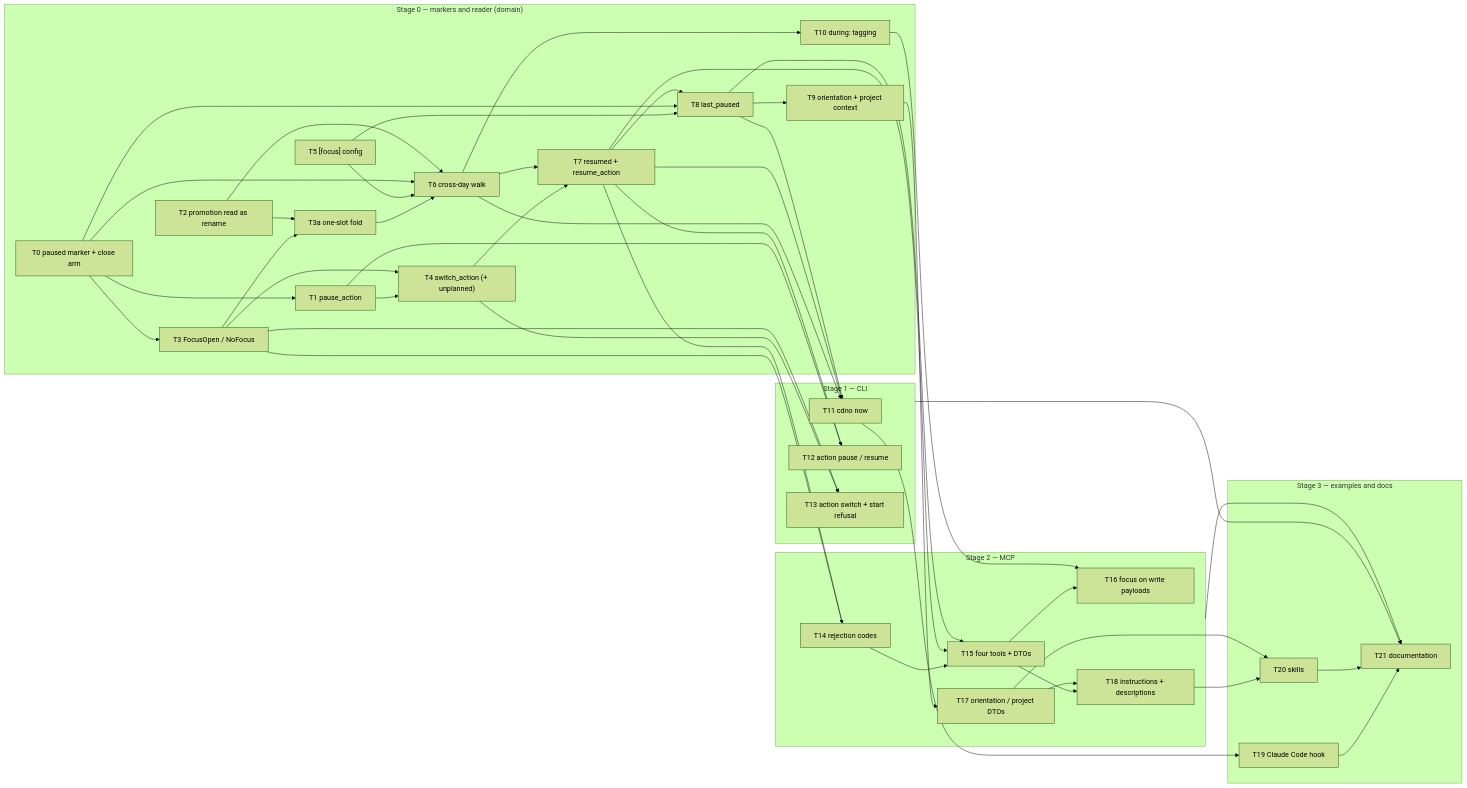
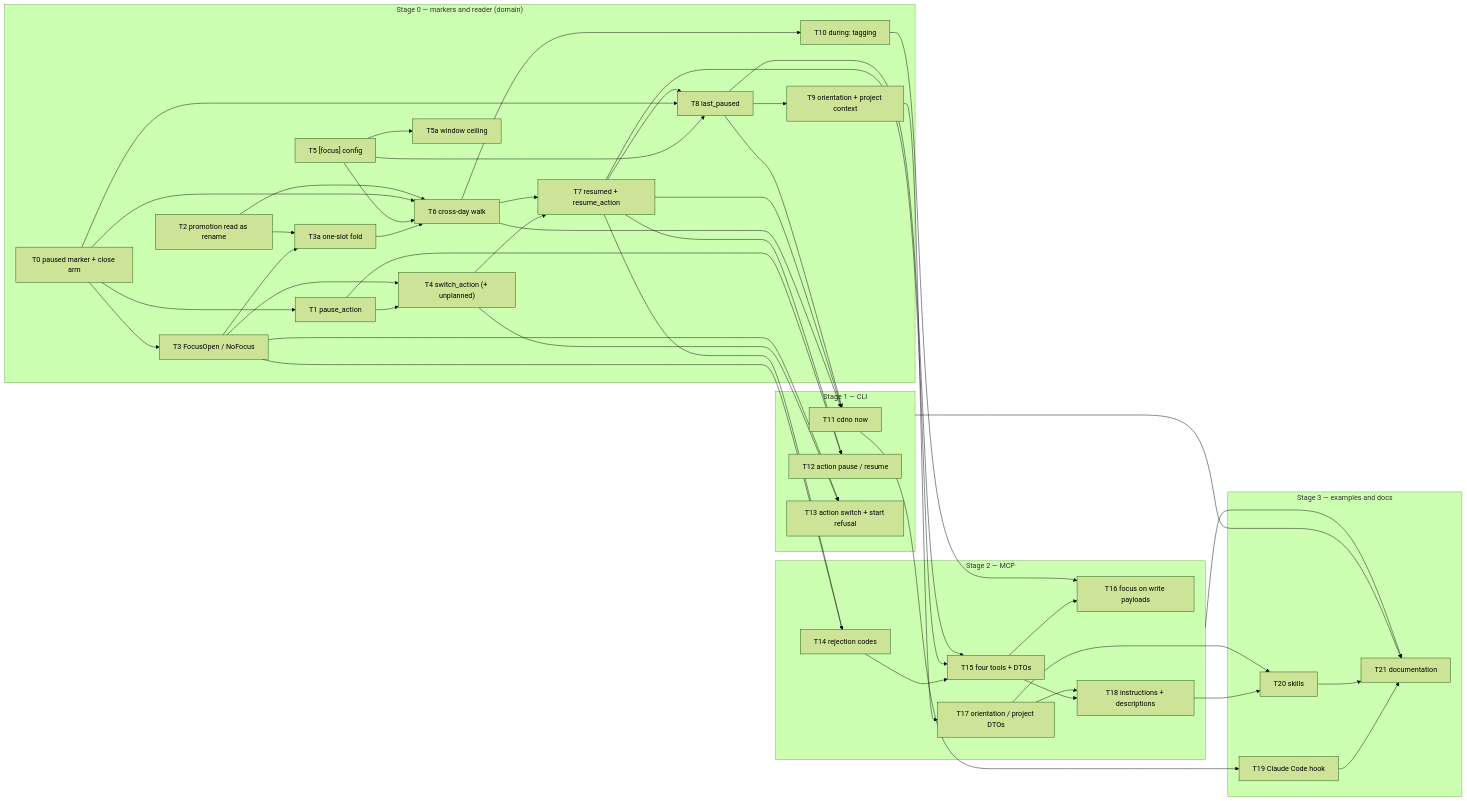
The diagram in docs/rfcs/0005-implementation-plan.md (agustinvalencia/cuaderno), drawn with Mermaid (forest theme) before and after one commit. The commit also changed other lines of this file and 10 other files, not shown here.

````diff
--- a/docs/rfcs/0005-implementation-plan.md
+++ b/docs/rfcs/0005-implementation-plan.md
@@ -38,76 +38,78 @@
 ```mermaid
 flowchart LR
     subgraph S0["Stage 0 — markers and reader (domain)"]
         T0["T0 paused marker + close arm"]
         T1["T1 pause_action"]
         T2["T2 promotion read as rename"]
         T3["T3 FocusOpen / NoFocus"]
         T3a["T3a one-slot fold"]
         T4["T4 switch_action (+ unplanned)"]
         T5["T5 [focus] config"]
+        T5a["T5a window ceiling"]
         T6["T6 cross-day walk"]
         T7["T7 resumed + resume_action"]
         T8["T8 last_paused"]
         T9["T9 orientation + project context"]
         T10["T10 during: tagging"]
     end
     subgraph S1["Stage 1 — CLI"]
         T11["T11 cdno now"]
         T12["T12 action pause / resume"]
         T13["T13 action switch + start refusal"]
     end
     subgraph S2["Stage 2 — MCP"]
         T14["T14 rejection codes"]
         T15["T15 four tools + DTOs"]
         T16["T16 focus on write payloads"]
         T17["T17 orientation / project DTOs"]
         T18["T18 instructions + descriptions"]
     end
     subgraph S3["Stage 3 — examples and docs"]
         T19["T19 Claude Code hook"]
         T20["T20 skills"]
         T21["T21 documentation"]
     end
 
     T0 --> T1
     T0 --> T3
     T3 --> T3a
     T2 --> T3a
     T3a --> T6
     T1 --> T4
     T3 --> T4
     T5 --> T6
+    T5 --> T5a
     T0 --> T6
     T2 --> T6
     T4 --> T7
     T6 --> T7
     T5 --> T8
     T0 --> T8
     T7 --> T8
     T8 --> T9
     T6 --> T10
     T6 --> T11
     T7 --> T11
     T8 --> T11
     T1 --> T12
     T7 --> T12
     T4 --> T13
     T3 --> T13
     T3 --> T14
     T7 --> T14
     T14 --> T15
     T7 --> T15
     T8 --> T15
     T15 --> T16
     T10 --> T16
     T9 --> T17
     T15 --> T18
     T17 --> T18
     T11 --> T19
     T18 --> T20
     T17 --> T20
     S1 --> T21
     S2 --> T21
     T19 --> T21
     T20 --> T21
 ```
````
